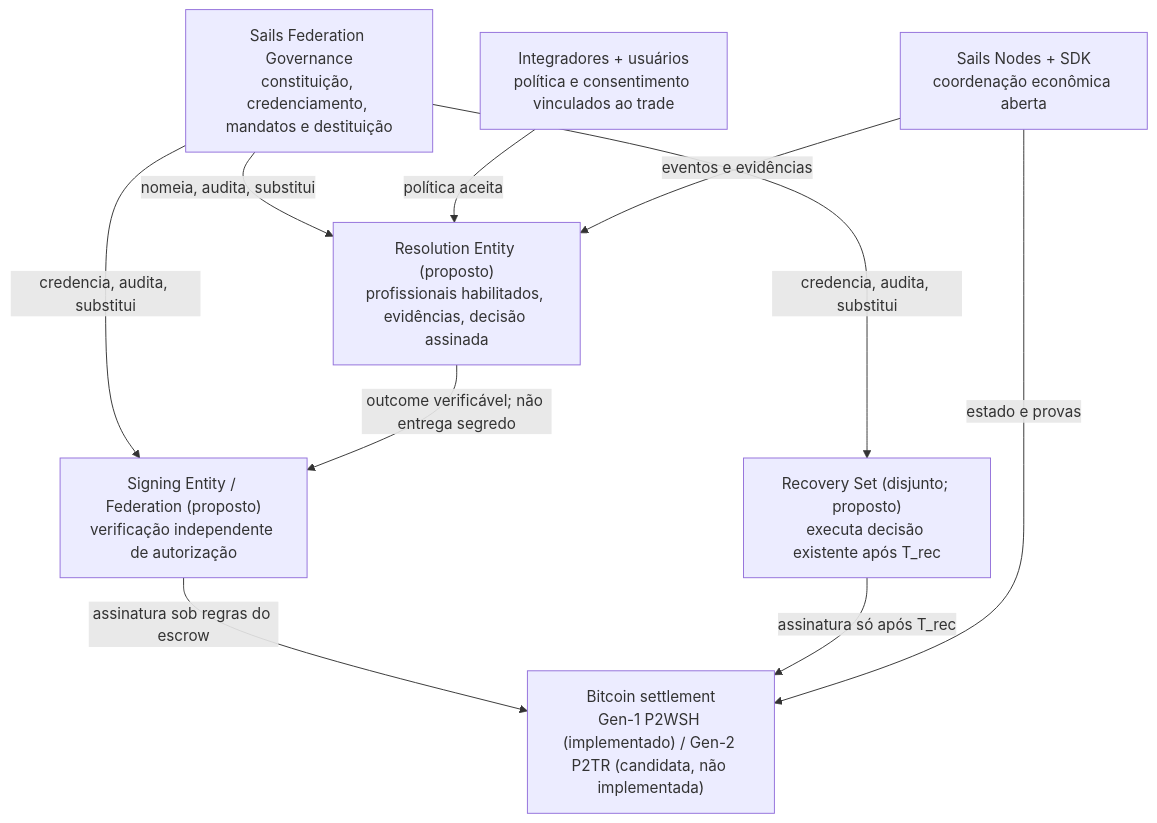
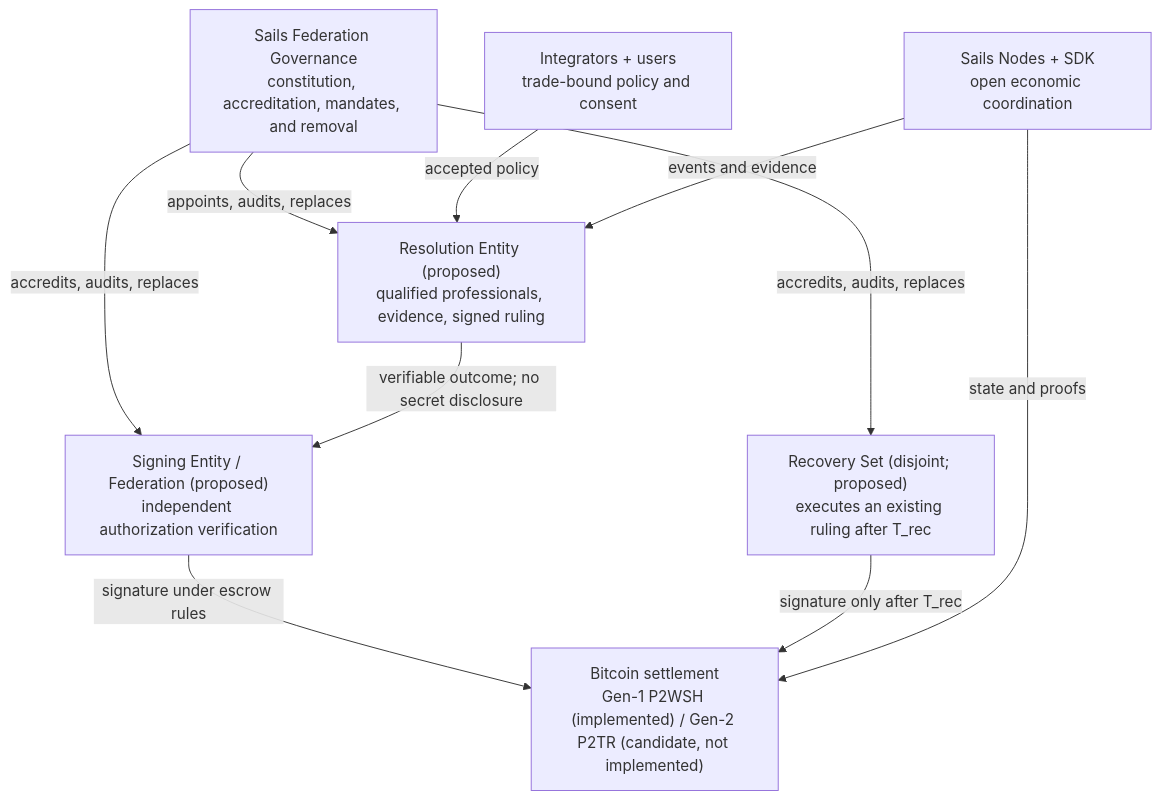
Before and after one commit to sails-protocol/Sails-Protocol: the first of 3 diagrams in docs/architecture/SAILS_SIGNING_FEDERATION/README.md, drawn with Mermaid. The commit also changed other lines of this file, not shown here.

Commit message:
docs(signing-federation): translate governance README and Mermaid diagrams to English

````diff
--- a/docs/architecture/SAILS_SIGNING_FEDERATION/README.md
+++ b/docs/architecture/SAILS_SIGNING_FEDERATION/README.md
@@ -17,19 +17,19 @@
 ```mermaid
 flowchart TD
-  G["Sails Federation Governance<br/>constituição, credenciamento, mandatos e destituição"]
-  I["Integradores + usuários<br/>política e consentimento vinculados ao trade"]
-  R["Resolution Entity (proposto)<br/>profissionais habilitados, evidências, decisão assinada"]
-  V["Signing Entity / Federation (proposto)<br/>verificação independente de autorização"]
-  RS["Recovery Set (disjunto; proposto)<br/>executa decisão existente após T_rec"]
-  S["Bitcoin settlement<br/>Gen-1 P2WSH (implementado) / Gen-2 P2TR (candidata, não implementada)"]
-  P["Sails Nodes + SDK<br/>coordenação econômica aberta"]
-  G -->|"nomeia, audita, substitui"| R
-  G -->|"credencia, audita, substitui"| V
-  G -->|"credencia, audita, substitui"| RS
-  I -->|"política aceita"| R
-  P -->|"eventos e evidências"| R
-  R -->|"outcome verificável; não entrega segredo"| V
-  V -->|"assinatura sob regras do escrow"| S
-  RS -->|"assinatura só após T_rec"| S
-  P -->|"estado e provas"| S
+  G["Sails Federation Governance<br/>constitution, accreditation, mandates, and removal"]
+  I["Integrators + users<br/>trade-bound policy and consent"]
+  R["Resolution Entity (proposed)<br/>qualified professionals, evidence, signed ruling"]
+  V["Signing Entity / Federation (proposed)<br/>independent authorization verification"]
+  RS["Recovery Set (disjoint; proposed)<br/>executes an existing ruling after T_rec"]
+  S["Bitcoin settlement<br/>Gen-1 P2WSH (implemented) / Gen-2 P2TR (candidate, not implemented)"]
+  P["Sails Nodes + SDK<br/>open economic coordination"]
+  G -->|"appoints, audits, replaces"| R
+  G -->|"accredits, audits, replaces"| V
+  G -->|"accredits, audits, replaces"| RS
+  I -->|"accepted policy"| R
+  P -->|"events and evidence"| R
+  R -->|"verifiable outcome; no secret disclosure"| V
+  V -->|"signature under escrow rules"| S
+  RS -->|"signature only after T_rec"| S
+  P -->|"state and proofs"| S
 ```
````
